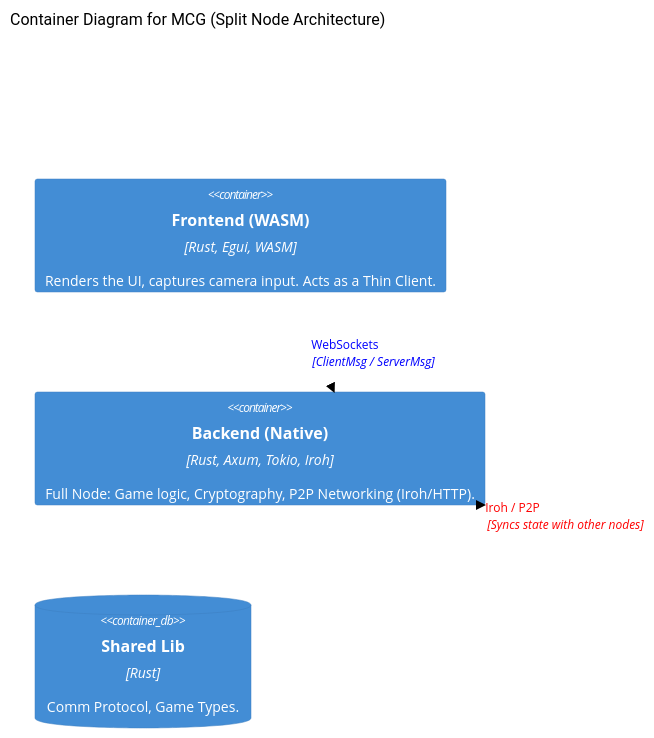
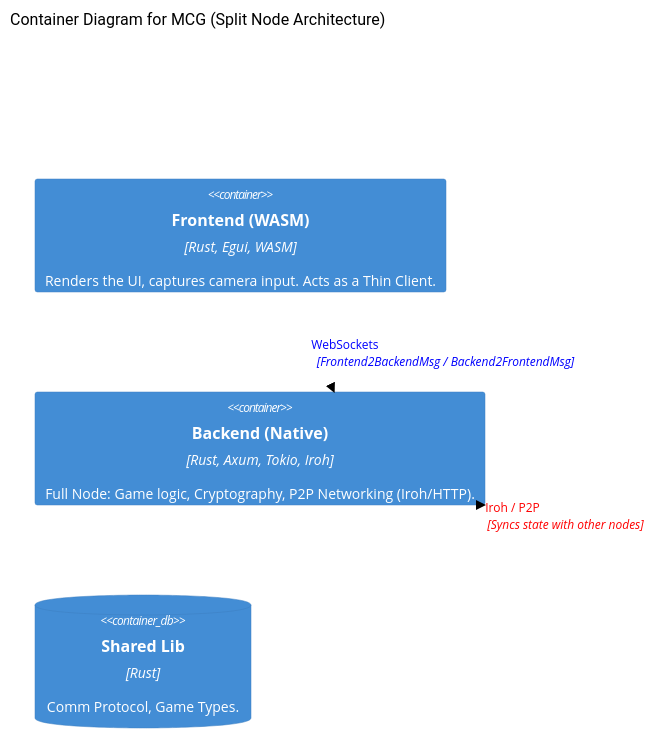
One commit to mentalcardgames/mcg changed the diagram in docs/ARCHITECTURE.md. Above: the diagram before and after it, drawn with Mermaid (neutral theme). The commit also changed other lines of this file and 31 other files, not shown here.

````diff
--- a/docs/ARCHITECTURE.md
+++ b/docs/ARCHITECTURE.md
@@ -26,14 +26,14 @@
 ```mermaid
 C4Container
     title Container Diagram for MCG (Split Node Architecture)
 
     Container(frontend, "Frontend (WASM)", "Rust, Egui, WASM", "Renders the UI, captures camera input. Acts as a Thin Client.")
     Container(backend, "Backend (Native)", "Rust, Axum, Tokio, Iroh", "Full Node: Game logic, Cryptography, P2P Networking (Iroh/HTTP).")
     ContainerDb(shared, "Shared Lib", "Rust", "Comm Protocol, Game Types.")
     
-    Rel(frontend, backend, "WebSockets", "ClientMsg / ServerMsg")
+    Rel(frontend, backend, "WebSockets", "Frontend2BackendMsg / Backend2FrontendMsg")
     Rel(backend, backend, "Iroh / P2P", "Syncs state with other nodes")
     
     UpdateRelStyle(frontend, backend, "blue", "solid")
     UpdateRelStyle(backend, backend, "red", "dashed")
 ```
````
